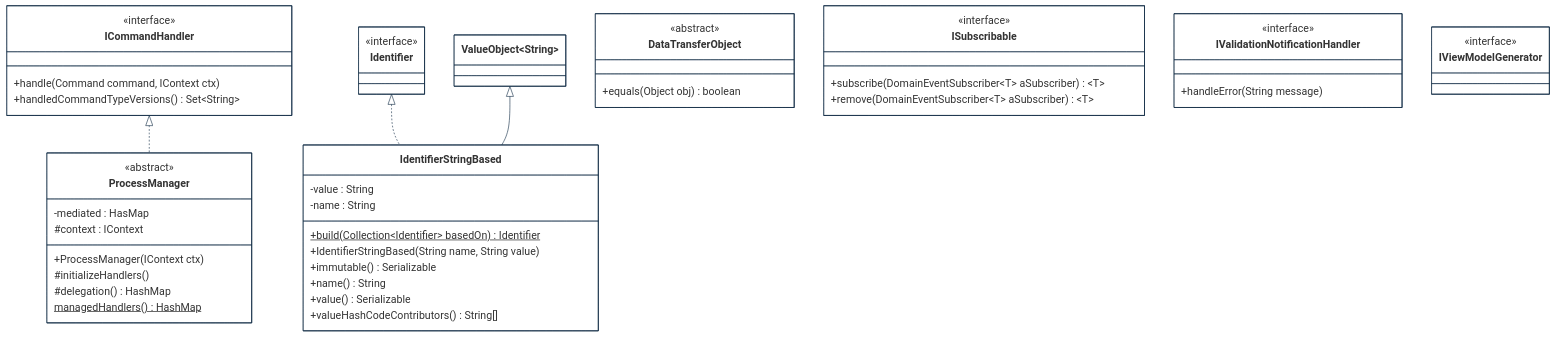
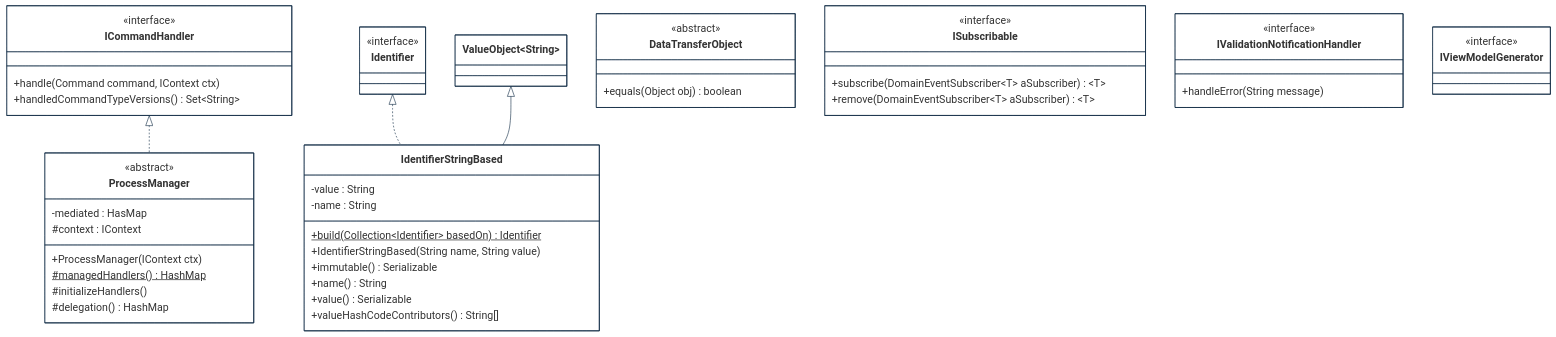
One commit to cybnity/foundation changed the second of 8 diagrams in implementations-line/framework/domain/designview-packages.md. Above: the diagram before and after it, drawn with Mermaid. The commit also changed other lines of this file and 4 other files, not shown here.

````diff
--- a/implementations-line/framework/domain/designview-packages.md
+++ b/implementations-line/framework/domain/designview-packages.md
@@ -103,68 +103,68 @@
 ```mermaid
 %%{
   init: {
     'theme': 'base',
     'themeVariables': {
         'background': '#ffffff',
         'fontFamily': 'arial',
         'fontSize': '18px',
         'primaryColor': '#fff',
         'primaryBorderColor': '#0e2a43',
         'secondaryBorderColor': '#0e2a43',
         'tertiaryBorderColor': '#0e2a43',
         'edgeLabelBackground':'#0e2a43',
         'lineColor': '#0e2a43',
         'tertiaryColor': '#fff'
     }
   }
 }%%
 classDiagram
     ICommandHandler <|.. ProcessManager
     Identifier <|.. IdentifierStringBased
     ValueObject~String~ <|-- IdentifierStringBased
 
     class ICommandHandler {
         <<interface>>
         +handle(Command command, IContext ctx)
         +handledCommandTypeVersions() Set~String~
     }
     class DataTransferObject {
         <<abstract>>
         +equals(Object obj) boolean
     }
     class ProcessManager {
         <<abstract>>
         -mediated : HasMap
         #context : IContext
         +ProcessManager(IContext ctx)
+        #managedHandlers()$ HashMap
         #initializeHandlers()
         #delegation() HashMap
-        managedHandlers()$ HashMap
     }
     class Identifier {
         <<interface>>
     }
     class IdentifierStringBased {
         -value : String
         -name : String
         +build(Collection~Identifier~ basedOn)$ Identifier
         +IdentifierStringBased(String name, String value)
         +immutable() Serializable
         +name() String
         +value() Serializable
         +valueHashCodeContributors() String[]
     }
     class ISubscribable {
         <<interface>>
         +subscribe(DomainEventSubscriber~T~ aSubscriber) ~T~
         +remove(DomainEventSubscriber~T~ aSubscriber) ~T~
     }
     class IValidationNotificationHandler {
         <<interface>>
         +handleError(String message)
     }
     class IViewModelGenerator {
         <<interface>>
     }
 
 ```
````
